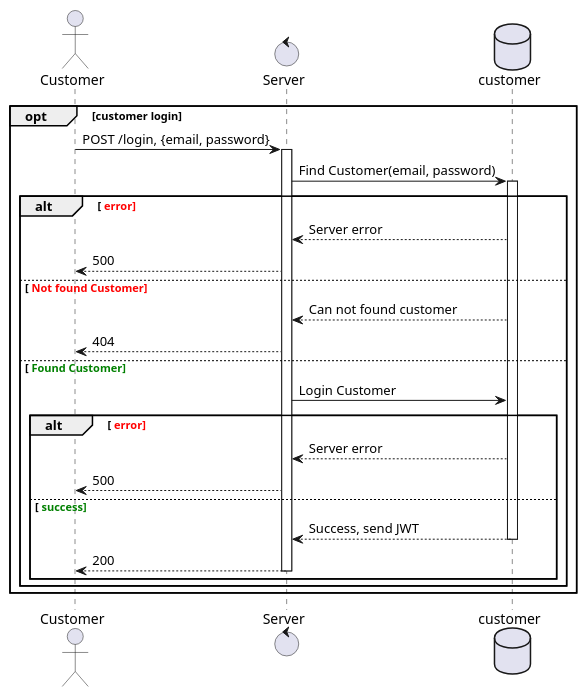
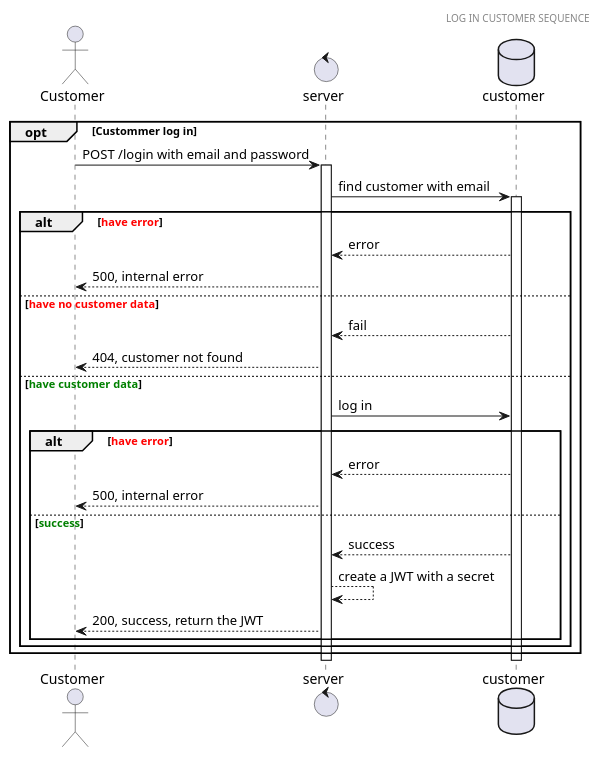
One commit to thang0206/SET_Test-Backend changed the diagram in Study/backend/docs/sequenceDiagram/Customer/customer-login.plantuml. Above: the diagram before and after it, drawn with PlantUML. The commit also changed 13 other files, not shown here.

```diff
--- a/Study/backend/docs/sequenceDiagram/Customer/customer-login.plantuml
+++ b/Study/backend/docs/sequenceDiagram/Customer/customer-login.plantuml
@@ -1,35 +1,36 @@
-@startuml customer
-    actor Customer
-    control Server
-    database customer
+@startuml log in customer sequence
 
-    opt customer login
-        Customer -> Server: POST /login, {email, password}
-        activate Server
-        Server -> customer: Find Customer(email, password)
-        activate customer
+header LOG IN CUSTOMER SEQUENCE
+actor Customer 
+control server
+database customer
 
-        alt <font color=Red> error
-            Server <-- customer: Server error 
-            Customer <-- Server: 500
+opt  Custommer log in
+  Customer -> server: POST /login with email and password
+  activate server
+      server -> customer: find customer with email
+      activate customer
+      alt <font color=red>have error</font>
+        customer --> server: error
+        server --> Customer: 500, internal error
+      else <font color=red>have no customer data</font>
+        customer --> server: fail
+        server --> Customer: 404, customer not found
+      else <font color=green>have customer data</font>
+          server -> customer: log in
+          alt <font color=red>have error</font>
+            customer --> server: error
+            server --> Customer: 500, internal error
+          else <font color=green>success</font>
+            customer --> server: success
+            server --> server: create a JWT with a secret
+            server --> Customer: 200, success, return the JWT
+            
+          end
+      end
+    end
+    deactivate customer
+    deactivate server
 
-        else <font color=Red> Not found Customer
-            Server <-- customer: Can not found customer
-            Customer <-- Server: 404
-
-        else <font color=Green> Found Customer
-            Server -> customer: Login Customer
-            alt <font color=Red> error
-                Server <-- customer: Server error
-                Customer <-- Server: 500
-
-            else <font color=Green> success
-                Server <-- customer: Success, send JWT
-                deactivate customer
-                Customer <-- Server: 200
-                deactivate Server
-            end
-        end 
-    end
 
 @enduml
```
